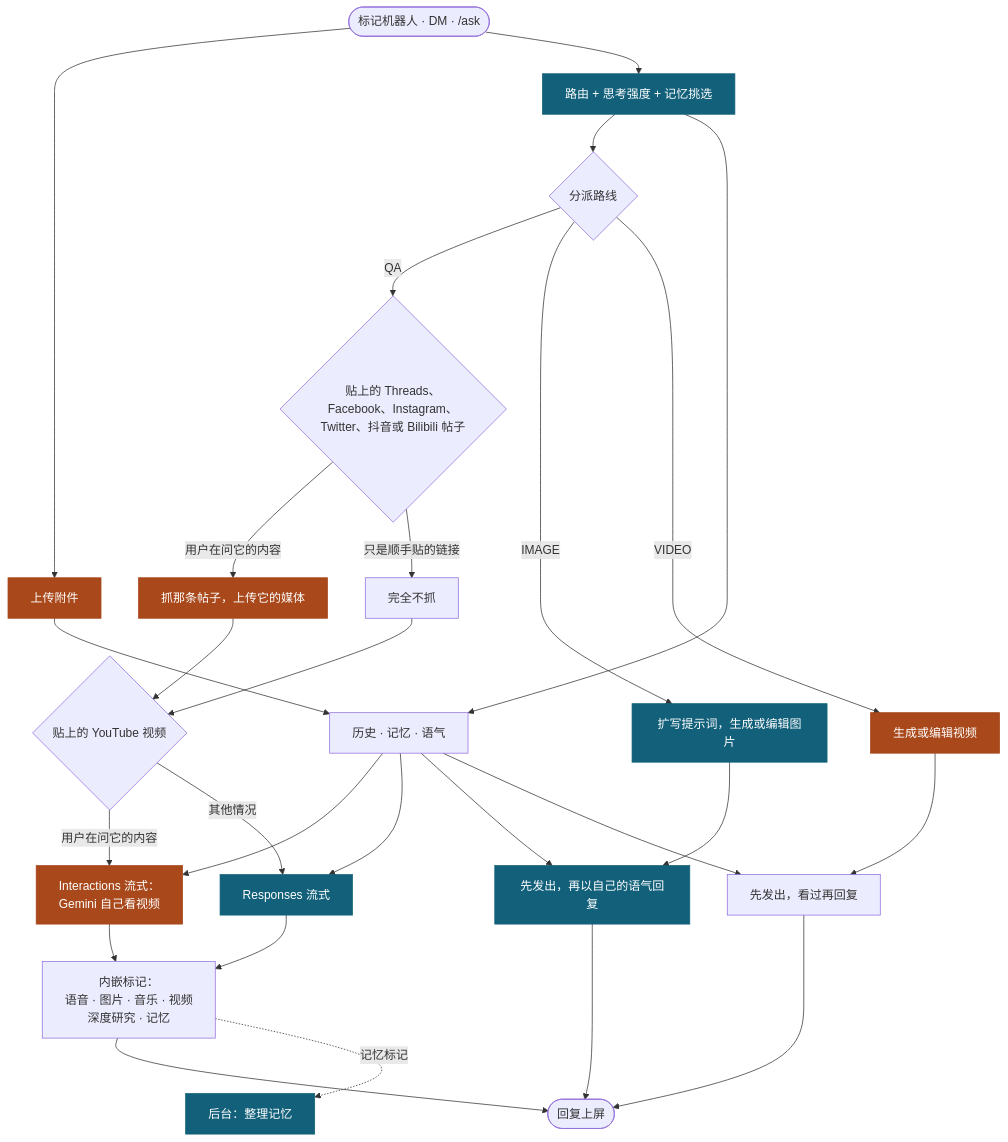
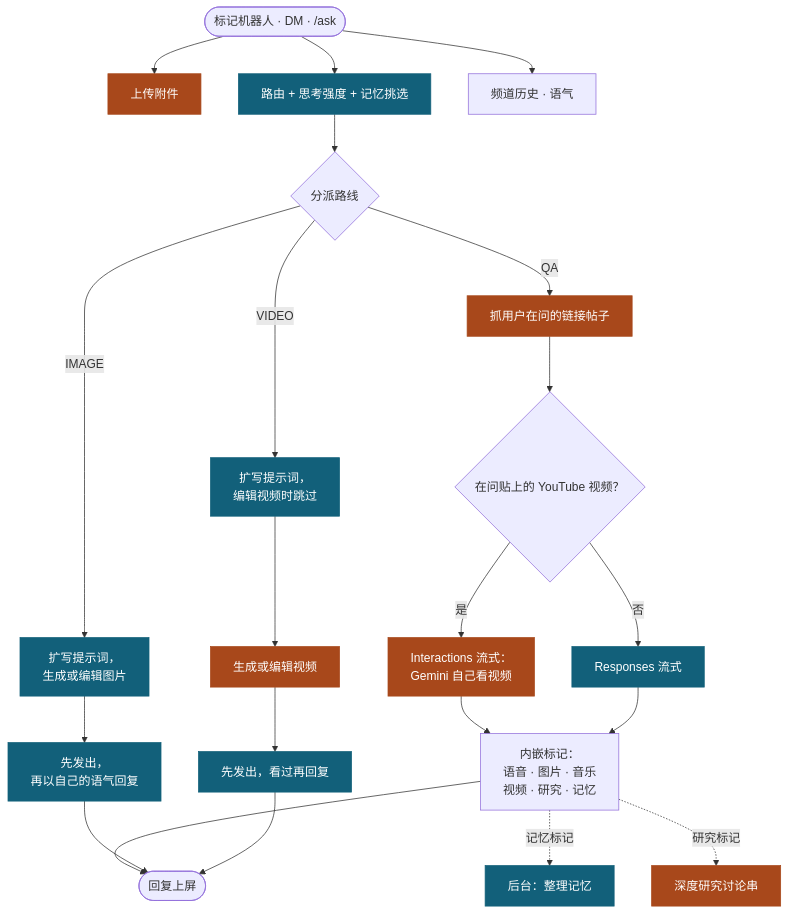
Before and after one commit to Mai0313/discordbot: the diagram in README.zh-CN.md, drawn with Mermaid. The commit also changed other lines of this file and 2 other files, not shown here.

Commit message:
docs: simplify the reply flowchart in the READMEs

````diff
--- a/README.zh-CN.md
+++ b/README.zh-CN.md
@@ -41,34 +41,31 @@
 ```mermaid
 flowchart TD
-    U(["标记机器人 · DM · /ask"]) --> UP & RT
+    U(["标记机器人 · DM · /ask"]) --> UP & RT & CX
 
     UP["上传附件"]
     RT["路由 + 思考强度 + 记忆挑选"]
-    CX["历史 · 记忆 · 语气"]
+    CX["频道历史 · 语气"]
 
     RT --> R{"分派路线"}
-    UP & RT --> CX --> YT & QS & I2 & V2
 
-    R -->|QA| L{"贴上的 Threads、Facebook、Instagram、<br/>Twitter、抖音或 Bilibili 帖子"}
-    L -->|"用户在问它的内容"| LF["抓那条帖子，上传它的媒体"]
-    L -->|"只是顺手贴的链接"| LS["完全不抓"]
-    LF & LS --> Y{"贴上的 YouTube 视频"}
-    Y -->|"用户在问它的内容"| YT["Interactions 流式：<br/>Gemini 自己看视频"]
-    Y -->|"其他情况"| QS["Responses 流式"]
-    YT & QS --> Q2["内嵌标记：<br/>语音 · 图片 · 音乐 · 视频<br/>深度研究 · 记忆"]
+    R -->|QA| LF["抓用户在问的链接帖子"]
+    LF --> Y{"在问贴上的 YouTube 视频？"}
+    Y -->|是| YT["Interactions 流式：<br/>Gemini 自己看视频"]
+    Y -->|否| QS["Responses 流式"]
+    YT & QS --> Q2["内嵌标记：<br/>语音 · 图片 · 音乐<br/>视频 · 研究 · 记忆"]
 
-    R -->|IMAGE| I1["扩写提示词，生成或编辑图片"]
-    I1 --> I2["先发出，再以自己的语气回复"]
-    R -->|VIDEO| V1["生成或编辑视频"]
-    V1 --> V2["先发出，看过再回复"]
+    R -->|IMAGE| I1["扩写提示词，<br/>生成或编辑图片"]
+    I1 --> I2["先发出，<br/>再以自己的语气回复"]
+    R -->|VIDEO| V1["扩写提示词，<br/>编辑视频时跳过"]
+    V1 --> V2["生成或编辑视频"]
+    V2 --> V3["先发出，看过再回复"]
 
-    Q2 --> OUT(["回复上屏"])
-    I2 --> OUT
-    V2 --> OUT
+    Q2 & I2 & V3 --> OUT(["回复上屏"])
     Q2 -.->|"记忆标记"| MM["后台：整理记忆"]
+    Q2 -.->|"研究标记"| DR["深度研究讨论串"]
 
     classDef proxy fill:#12607a,stroke:#12607a,color:#ffffff
     classDef direct fill:#a8481b,stroke:#a8481b,color:#ffffff
-    class RT,QS,I1,I2,MM proxy
-    class UP,LF,YT,V1 direct
+    class RT,QS,I1,I2,V1,V3,MM proxy
+    class UP,LF,YT,V2,DR direct
 ```
````
